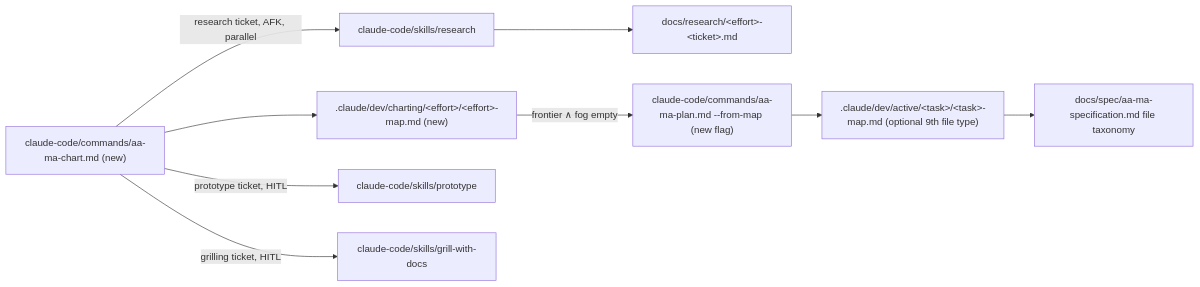
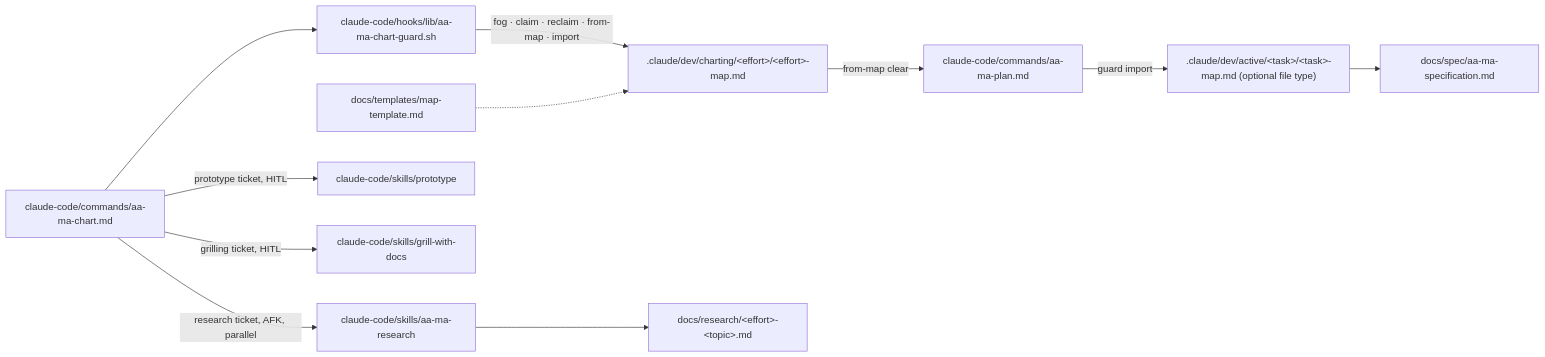
Before and after one commit to snewhouse/aa-ma-forge: the first of 2 diagrams in docs/adr/0013-charting-wayfinder-lite.md, drawn with Mermaid. The commit also changed other lines of this file and 11 other files, not shown here.

First line of the commit message:
docs(charting): file taxonomy 5+4, commands 13, ATTRIBUTION, ADR-0013 Implemented, TODOS (M5.4 docs leg)

````diff
--- a/docs/adr/0013-charting-wayfinder-lite.md
+++ b/docs/adr/0013-charting-wayfinder-lite.md
@@ -64,11 +64,13 @@
 ```mermaid
 flowchart LR
-  C["claude-code/commands/aa-ma-chart.md (new)"] --> M[".claude/dev/charting/&lt;effort&gt;/&lt;effort&gt;-map.md (new)"]
-  C -->|research ticket, AFK, parallel| R[claude-code/skills/research]
+  C[claude-code/commands/aa-ma-chart.md] --> GU[claude-code/hooks/lib/aa-ma-chart-guard.sh]
+  GU -->|fog · claim · reclaim · from-map · import| M[".claude/dev/charting/&lt;effort&gt;/&lt;effort&gt;-map.md"]
+  C -->|research ticket, AFK, parallel| R[claude-code/skills/aa-ma-research]
   C -->|prototype ticket, HITL| P[claude-code/skills/prototype]
   C -->|grilling ticket, HITL| G[claude-code/skills/grill-with-docs]
-  R --> D["docs/research/&lt;effort&gt;-&lt;ticket&gt;.md"]
-  M -->|frontier ∧ fog empty| A["claude-code/commands/aa-ma-plan.md --from-map (new flag)"]
-  A --> T[".claude/dev/active/&lt;task&gt;/&lt;task&gt;-map.md (optional 9th file type)"]
-  T --> S[docs/spec/aa-ma-specification.md file taxonomy]
+  R --> D["docs/research/&lt;effort&gt;-&lt;topic&gt;.md"]
+  M -->|from-map clear| A[claude-code/commands/aa-ma-plan.md]
+  A -->|guard import| T[".claude/dev/active/&lt;task&gt;/&lt;task&gt;-map.md (optional file type)"]
+  T --> S[docs/spec/aa-ma-specification.md]
+  TP[docs/templates/map-template.md] -.-> M
 ```
````
